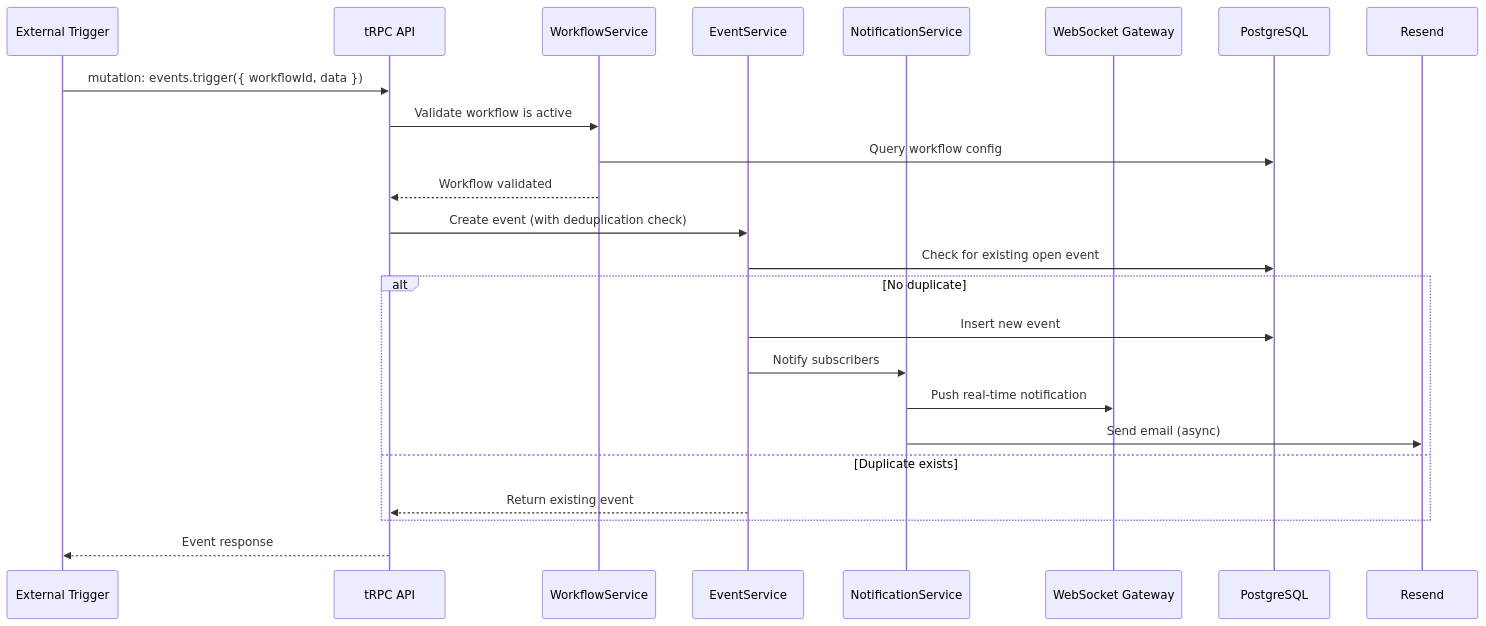
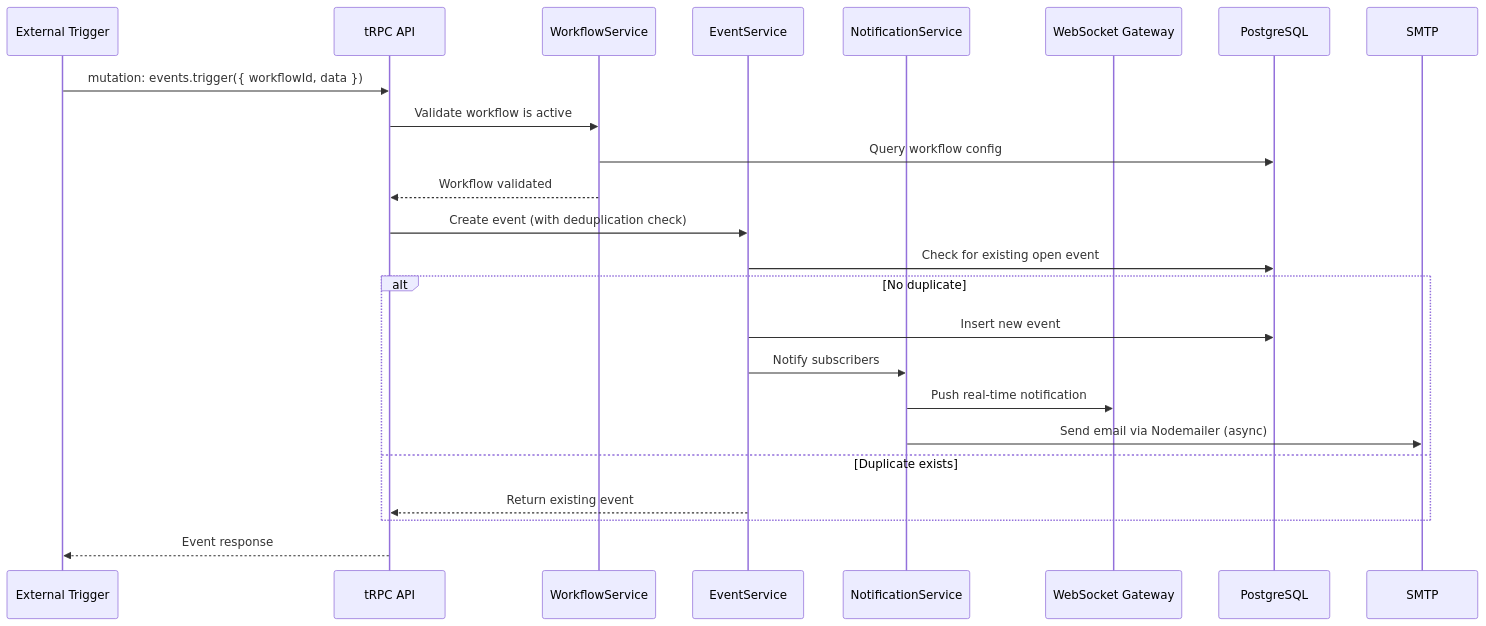
One commit to krosty47/spexs_test changed the first of 2 diagrams in docs/ARCHI.md. Above: the diagram before and after it, drawn with Mermaid. The commit also changed other lines of this file and 47 other files, not shown here.

Commit message:
feat: Nodemailer SMTP migration, HTML email templates, user selector, and IN_APP recipient routing (v0.6.0)

````diff
--- a/docs/ARCHI.md
+++ b/docs/ARCHI.md
@@ -490,26 +511,26 @@
 ```mermaid
 sequenceDiagram
     participant Trigger as External Trigger
     participant API as tRPC API
     participant WFS as WorkflowService
     participant ES as EventService
     participant NS as NotificationService
     participant WS as WebSocket Gateway
     participant DB as PostgreSQL
 
     Trigger->>API: mutation: events.trigger({ workflowId, data })
     API->>WFS: Validate workflow is active
     WFS->>DB: Query workflow config
     WFS-->>API: Workflow validated
     API->>ES: Create event (with deduplication check)
     ES->>DB: Check for existing open event
     alt No duplicate
         ES->>DB: Insert new event
         ES->>NS: Notify subscribers
         NS->>WS: Push real-time notification
-        NS->>Resend: Send email (async)
+        NS->>SMTP: Send email via Nodemailer (async)
     else Duplicate exists
         ES-->>API: Return existing event
     end
     API-->>Trigger: Event response
 ```
````
